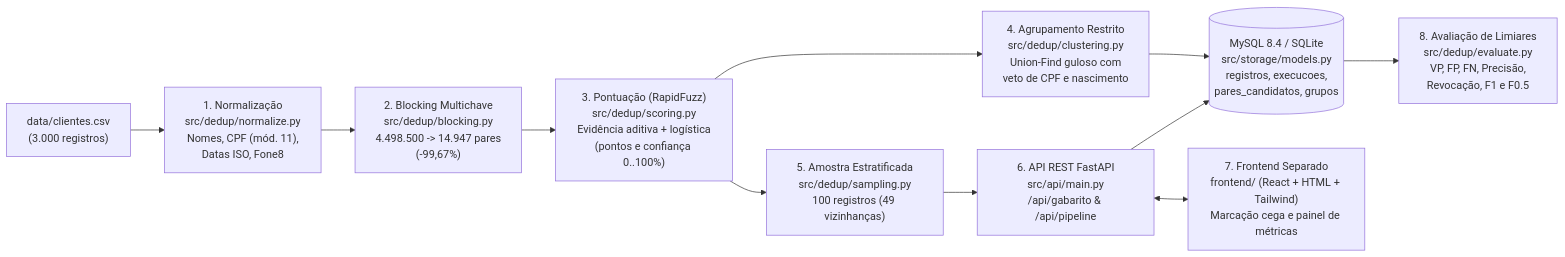
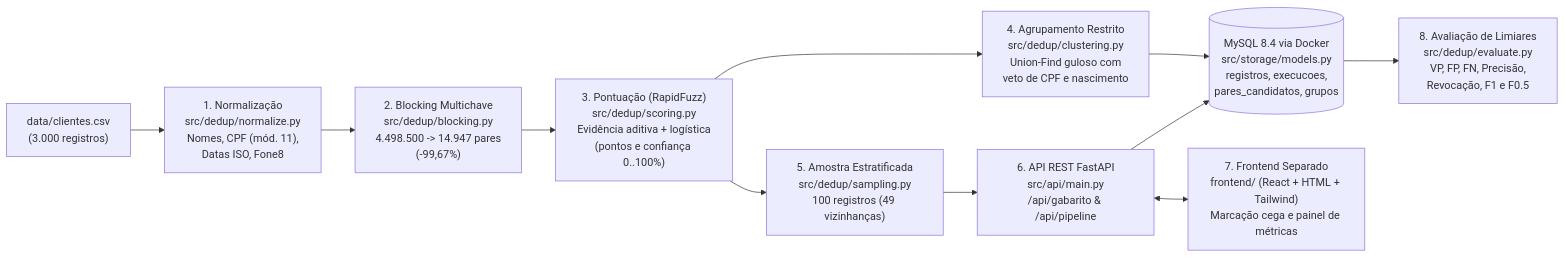
One commit to Everton123o/cadastros-clientes-desafio changed the first of 2 diagrams in docs/architecture/pipeline-deduplicacao.md. Above: the diagram before and after it, drawn with Mermaid. The commit also changed 7 other files, not shown here.

````diff
--- a/docs/architecture/pipeline-deduplicacao.md
+++ b/docs/architecture/pipeline-deduplicacao.md
@@ -9,13 +9,13 @@
 ```mermaid
 flowchart LR
     CSV["data/clientes.csv\n(3.000 registros)"] --> NORM["1. Normalização\nsrc/dedup/normalize.py\nNomes, CPF (mód. 11),\nDatas ISO, Fone8"]
     NORM --> BLOCK["2. Blocking Multichave\nsrc/dedup/blocking.py\n4.498.500 -> 14.947 pares\n(-99,67%)"]
     BLOCK --> SCORE["3. Pontuação (RapidFuzz)\nsrc/dedup/scoring.py\nEvidência aditiva + logística\n(pontos e confiança 0..100%)"]
     SCORE --> CLUST["4. Agrupamento Restrito\nsrc/dedup/clustering.py\nUnion-Find guloso com\nveto de CPF e nascimento"]
-    CLUST --> DB[("MySQL 8.4 / SQLite\nsrc/storage/models.py\nregistros, execucoes,\npares_candidatos, grupos")]
+    CLUST --> DB[("MySQL 8.4 via Docker\nsrc/storage/models.py\nregistros, execucoes,\npares_candidatos, grupos")]
     SCORE --> SAMP["5. Amostra Estratificada\nsrc/dedup/sampling.py\n100 registros (49 vizinhanças)"]
     SAMP --> API["6. API REST FastAPI\nsrc/api/main.py\n/api/gabarito & /api/pipeline"]
     API <--> UI["7. Frontend Separado\nfrontend/ (React + HTML + Tailwind)\nMarcação cega e painel de métricas"]
     API --> DB
     DB --> EVAL["8. Avaliação de Limiares\nsrc/dedup/evaluate.py\nVP, FP, FN, Precisão,\nRevocação, F1 e F0.5"]
 ```
````
